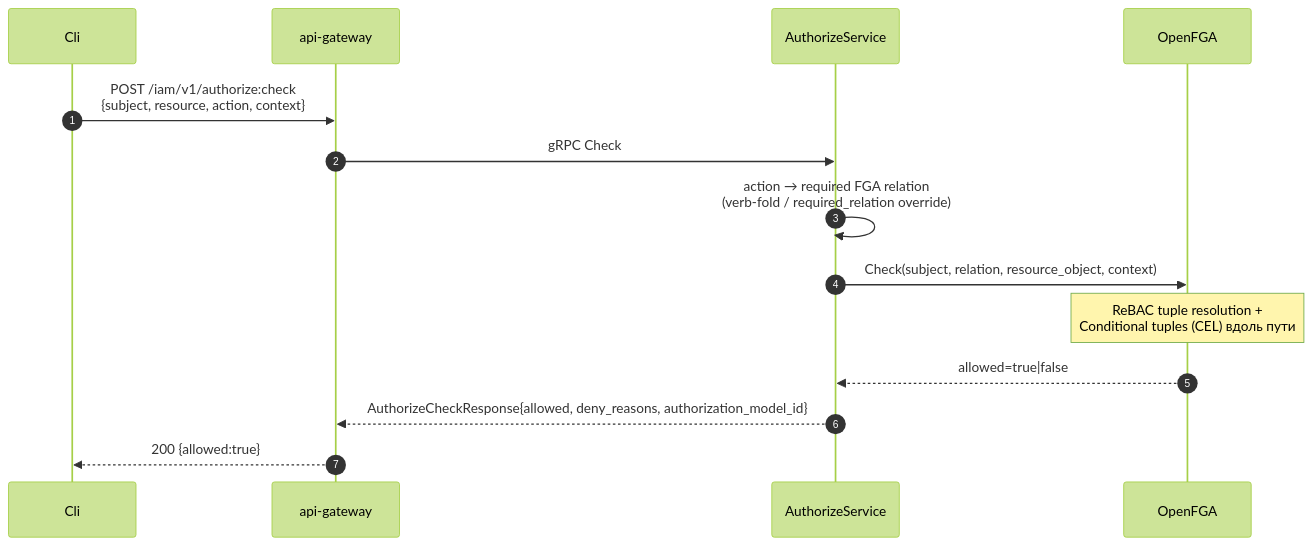
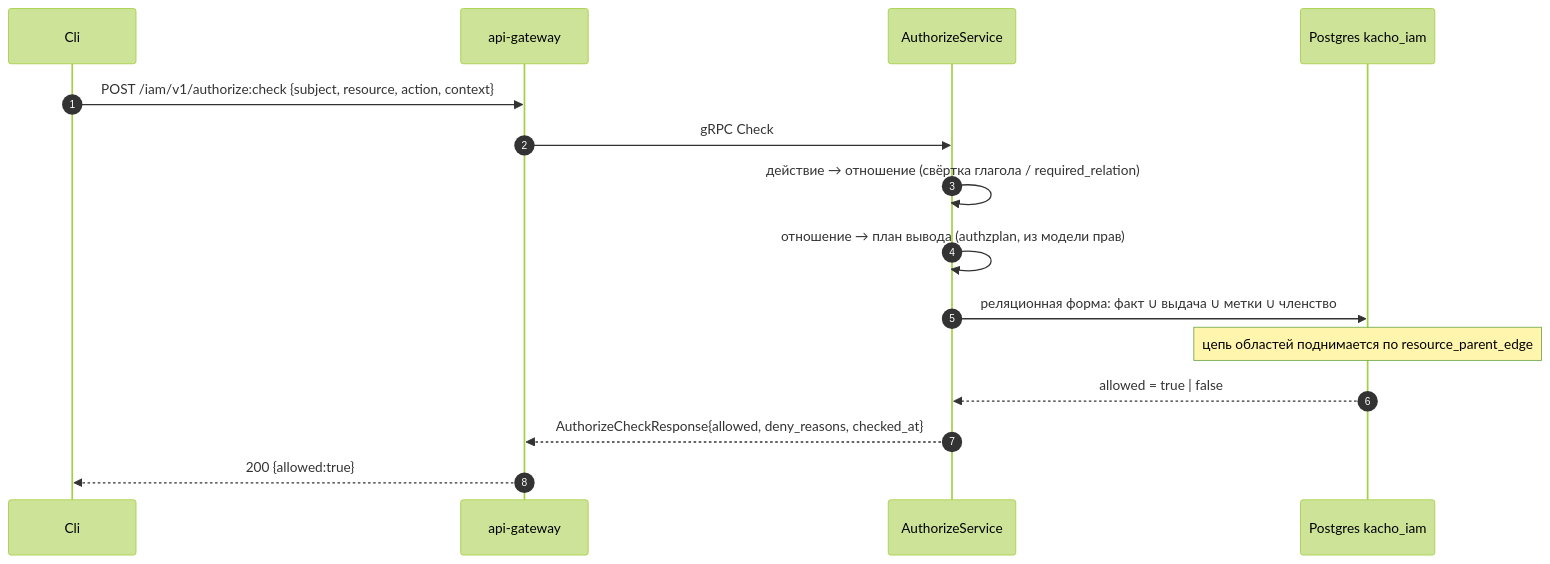
The diagram in services/iam/docs/engineering/components/19-authorize.md (PRO-Robotech/kacho), drawn with Mermaid (forest theme) before and after one commit. The commit also changed other lines of this file and 589 other files, not shown here.

````diff
--- a/services/iam/docs/engineering/components/19-authorize.md
+++ b/services/iam/docs/engineering/components/19-authorize.md
@@ -101,17 +141,18 @@
 ```mermaid
 sequenceDiagram
     autonumber
     participant Cli
     participant GW as api-gateway
     participant IAM as AuthorizeService
-    participant FGA as OpenFGA
+    participant DB as Postgres kacho_iam
 
-    Cli->>GW: POST /iam/v1/authorize:check<br/>{subject, resource, action, context}
+    Cli->>GW: POST /iam/v1/authorize:check {subject, resource, action, context}
     GW->>IAM: gRPC Check
-    IAM->>IAM: action → required FGA relation<br/>(verb-fold / required_relation override)
-    IAM->>FGA: Check(subject, relation, resource_object, context)
-    Note over FGA: ReBAC tuple resolution +<br/>Conditional tuples (CEL) вдоль пути
-    FGA-->>IAM: allowed=true|false
-    IAM-->>GW: AuthorizeCheckResponse{allowed, deny_reasons, authorization_model_id}
+    IAM->>IAM: действие → отношение (свёртка глагола / required_relation)
+    IAM->>IAM: отношение → план вывода (authzplan, из модели прав)
+    IAM->>DB: реляционная форма: факт ∪ выдача ∪ метки ∪ членство
+    Note over DB: цепь областей поднимается по resource_parent_edge
+    DB-->>IAM: allowed = true | false
+    IAM-->>GW: AuthorizeCheckResponse{allowed, deny_reasons, checked_at}
     GW-->>Cli: 200 {allowed:true}
 ```
````
